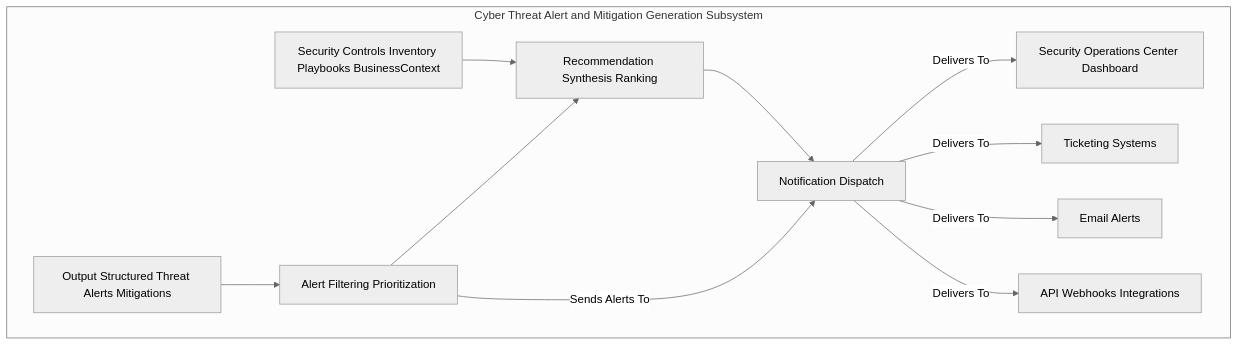
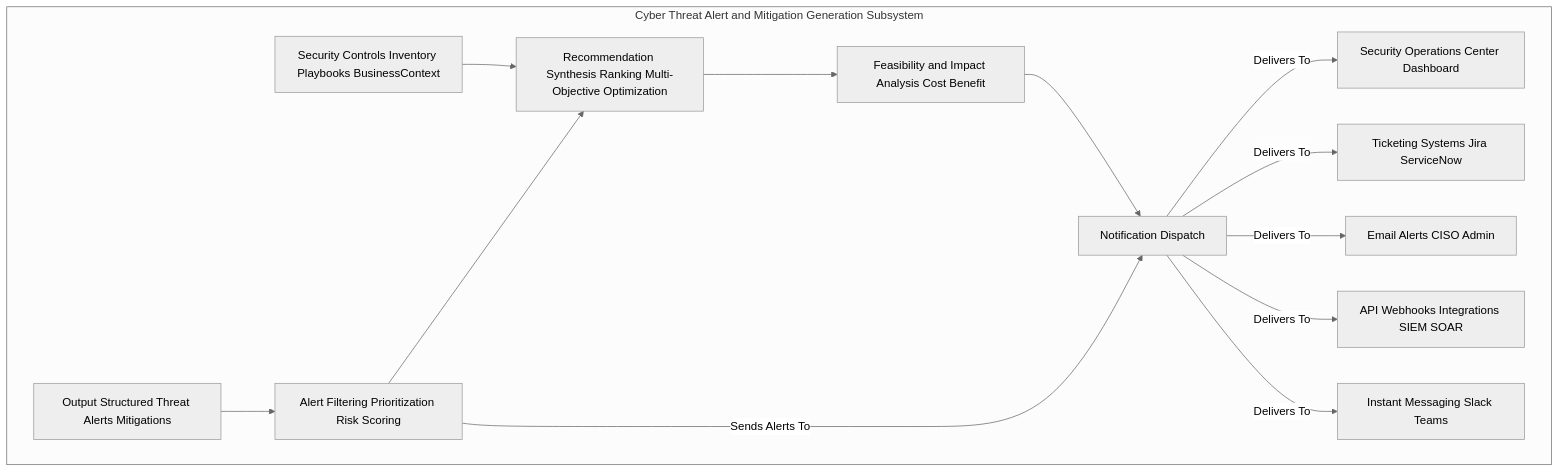
One commit to diplomat-bit/Citibank_Demo_Business_Inc_Demonstration- changed the fifth of 10 diagrams in inventions/inventions/026_predictive_cyber_threat_intelligence.md. Above: the diagram before and after it, drawn with Mermaid (neutral theme). The commit also changed other lines of this file, not shown here.

Commit message:
[AI] Edit: inventions/inventions/026_predictive_cyber_threat_intelligence.md

````diff
--- a/inventions/inventions/026_predictive_cyber_threat_intelligence.md
+++ b/inventions/inventions/026_predictive_cyber_threat_intelligence.md
@@ -189,14 +209,16 @@
 ```mermaid
 graph TD
     subgraph Cyber Threat Alert and Mitigation Generation Subsystem
-        OSD[Output Structured Threat Alerts Mitigations] --> AFP[Alert Filtering Prioritization]
-        SC_DATA[Security Controls Inventory Playbooks BusinessContext] --> RSS[Recommendation Synthesis Ranking]
+        OSD[Output Structured Threat Alerts Mitigations] --> AFP[Alert Filtering Prioritization Risk Scoring]
+        SC_DATA[Security Controls Inventory Playbooks BusinessContext] --> RSS[Recommendation Synthesis Ranking Multi-Objective Optimization]
         AFP --> RSS
-        RSS --> ND[Notification Dispatch]
+        RSS --> FIA[Feasibility and Impact Analysis Cost Benefit]
+        FIA --> ND[Notification Dispatch]
         AFP -- Sends Alerts To --> ND
         ND -- Delivers To --> UD[Security Operations Center Dashboard]
-        ND -- Delivers To --> TICKETING[Ticketing Systems]
-        ND -- Delivers To --> EMAIL[Email Alerts]
-        ND -- Delivers To --> WEBHOOK[API Webhooks Integrations]
+        ND -- Delivers To --> TICKETING[Ticketing Systems Jira ServiceNow]
+        ND -- Delivers To --> EMAIL[Email Alerts CISO Admin]
+        ND -- Delivers To --> WEBHOOK[API Webhooks Integrations SIEM SOAR]
+        ND -- Delivers To --> IM[Instant Messaging Slack Teams]
     end
 ```
````
